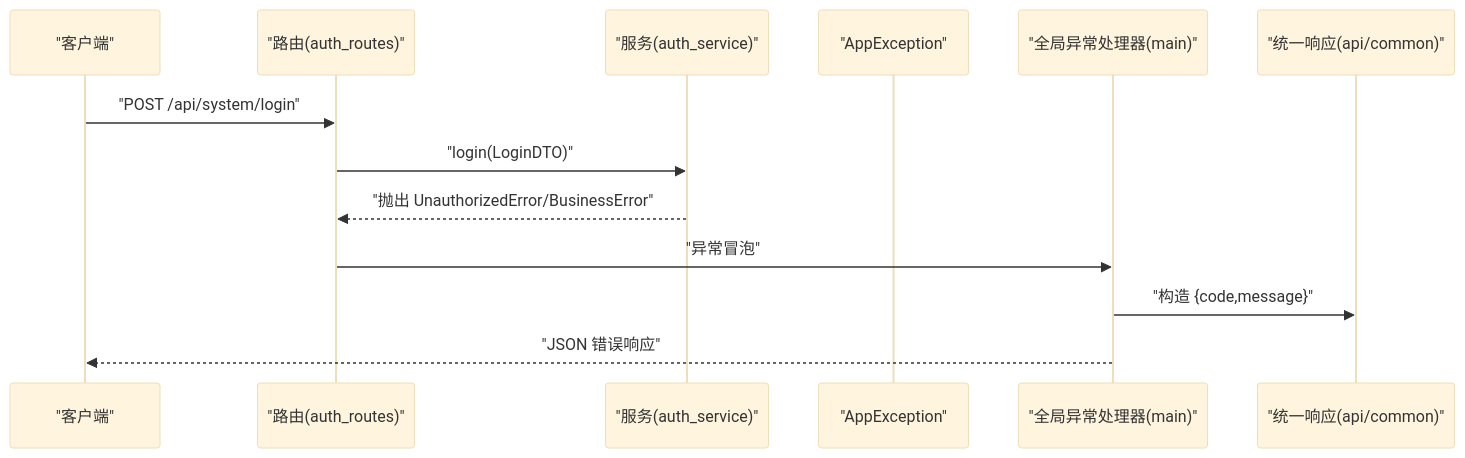
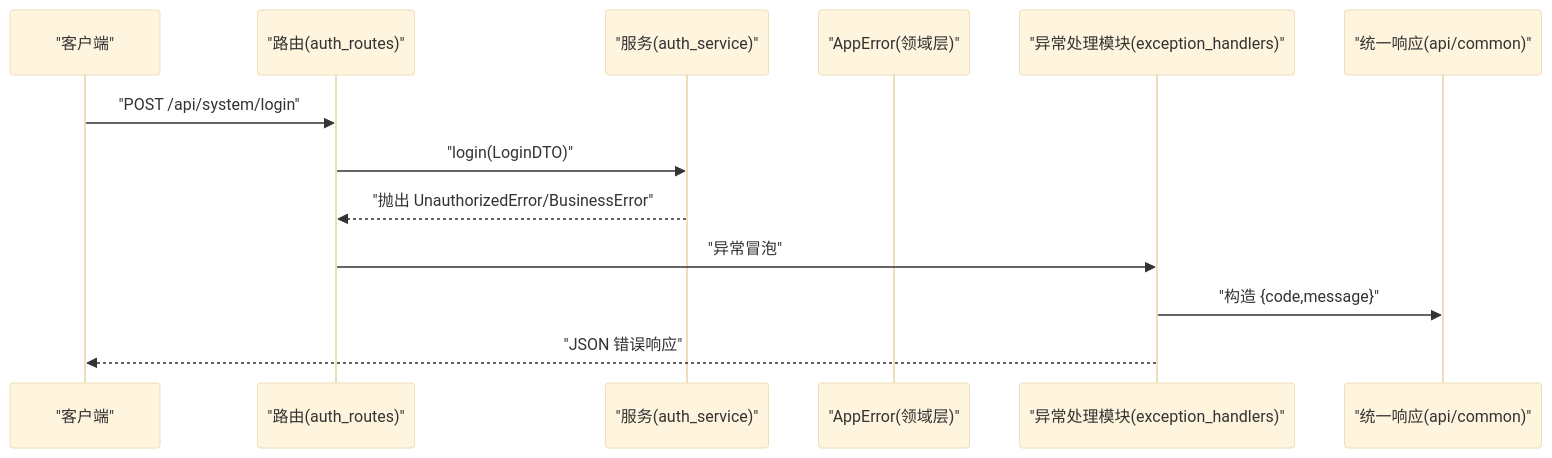
One commit to taoweidong/Hello-FastApi changed the second of 7 diagrams in .qoder/repowiki/zh/content/核心模块/异常处理.md. Above: the diagram before and after it, drawn with Mermaid (base theme). The commit also changed other lines of this file and 61 other files, not shown here.

````diff
--- a/.qoder/repowiki/zh/content/核心模块/异常处理.md
+++ b/.qoder/repowiki/zh/content/核心模块/异常处理.md
@@ -102,15 +118,15 @@
 ```mermaid
 sequenceDiagram
 participant Client as "客户端"
 participant Router as "路由(auth_routes)"
 participant Service as "服务(auth_service)"
-participant AppEx as "AppException"
-participant Global as "全局异常处理器(main)"
+participant DomainEx as "AppError(领域层)"
+participant Handler as "异常处理模块(exception_handlers)"
 participant Resp as "统一响应(api/common)"
 Client->>Router : "POST /api/system/login"
 Router->>Service : "login(LoginDTO)"
 Service-->>Router : "抛出 UnauthorizedError/BusinessError"
-Router->>Global : "异常冒泡"
-Global->>Resp : "构造 {code,message}"
-Global-->>Client : "JSON 错误响应"
+Router->>Handler : "异常冒泡"
+Handler->>Resp : "构造 {code,message}"
+Handler-->>Client : "JSON 错误响应"
 ```
````
